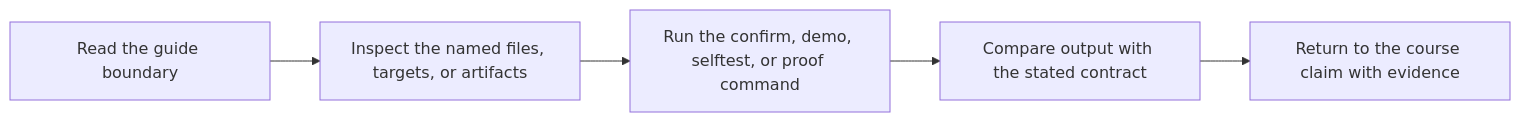
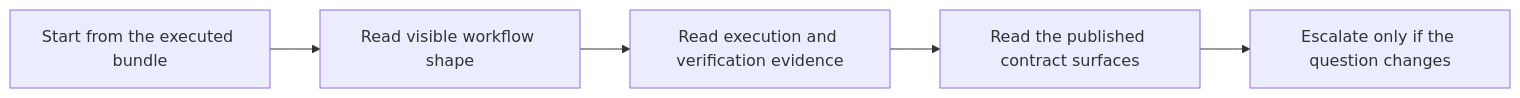
The second of 2 diagrams in programs/reproducible-research/deep-dive-snakemake/capstone/docs/TOUR.md (bijux/bijux-masterclass), drawn with Mermaid before and after one commit. The commit also changed other lines of this file, not shown here.

Commit message:
docs(capstone): correct deep-dive-snakemake tour guide

````diff
--- a/programs/reproducible-research/deep-dive-snakemake/capstone/docs/TOUR.md
+++ b/programs/reproducible-research/deep-dive-snakemake/capstone/docs/TOUR.md
@@ -20,7 +19,7 @@
 ```mermaid
 flowchart LR
-  orient["Read the guide boundary"] --> inspect["Inspect the named files, targets, or artifacts"]
-  inspect --> run["Run the confirm, demo, selftest, or proof command"]
-  run --> compare["Compare output with the stated contract"]
-  compare --> review["Return to the course claim with evidence"]
+  walkthrough["Start from the executed bundle"] --> plan["Read visible workflow shape"]
+  plan --> run["Read execution and verification evidence"]
+  run --> publish["Read the published contract surfaces"]
+  publish --> next["Escalate only if the question changes"]
 ```
````
